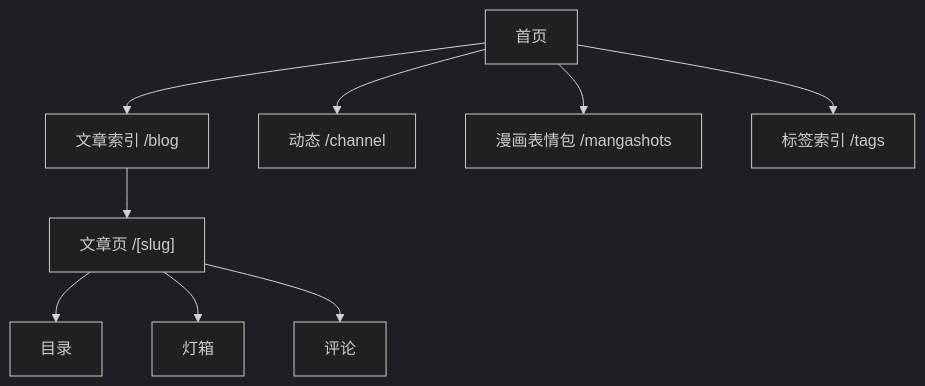
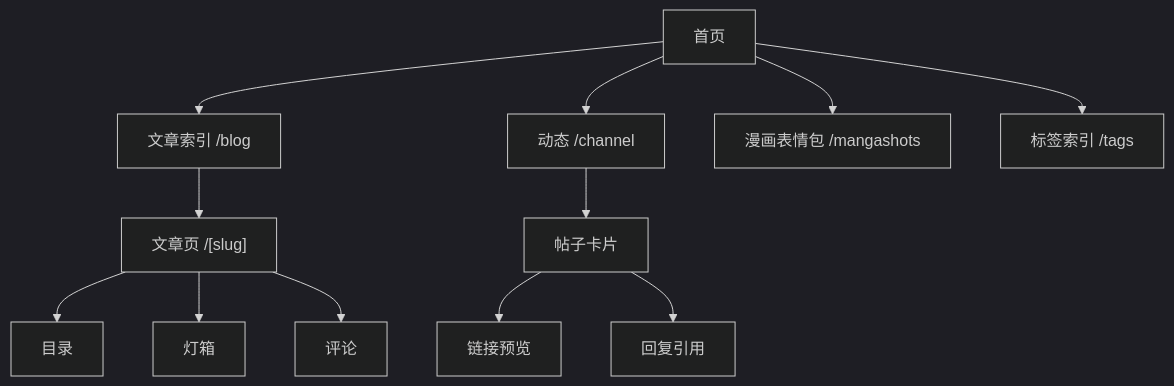
Before and after one commit to niracler/bokushi: the diagram in src/content/blog/design-primitives.md, drawn with Mermaid (dark theme). The commit also changed other lines of this file, not shown here.

Commit message:
docs(blog): update design-primitives with channel architecture details

````diff
--- a/src/content/blog/design-primitives.md
+++ b/src/content/blog/design-primitives.md
@@ -198,12 +198,16 @@
 ```mermaid
 flowchart TD
     Home["首页"] --> BlogList["文章索引 /blog"]
     BlogList --> Post["文章页 /[slug]"]
     Post --> TOC["目录"]
     Post --> Lightbox["灯箱"]
     Post --> Comments["评论"]
 
     Home --> Channel["动态 /channel"]
+    Channel --> PostCard["帖子卡片"]
+    PostCard --> LinkPreview["链接预览"]
+    PostCard --> ReplyQuote["回复引用"]
+
     Home --> Manga["漫画表情包 /mangashots"]
     Home --> Tags["标签索引 /tags"]
 ```
````
